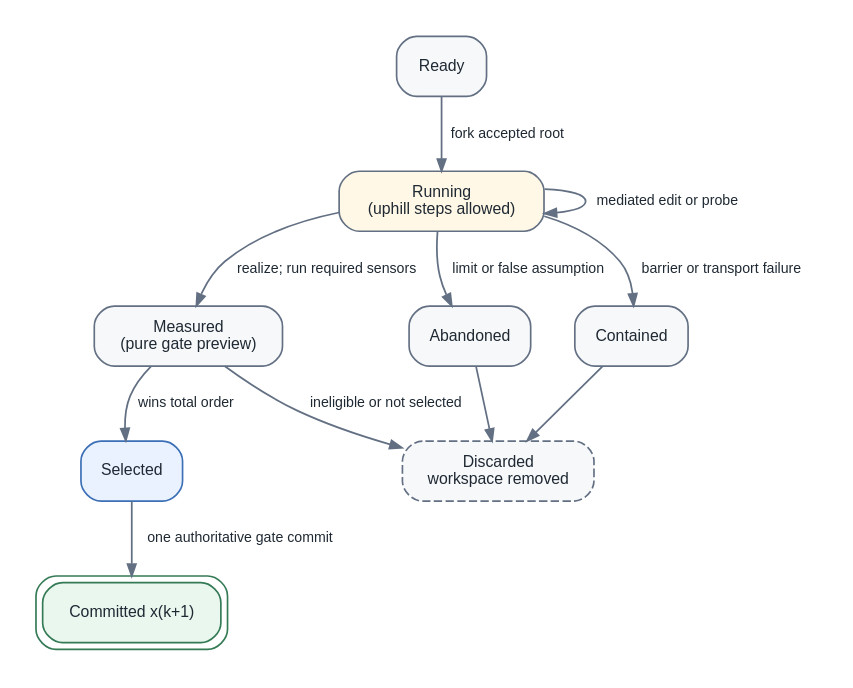
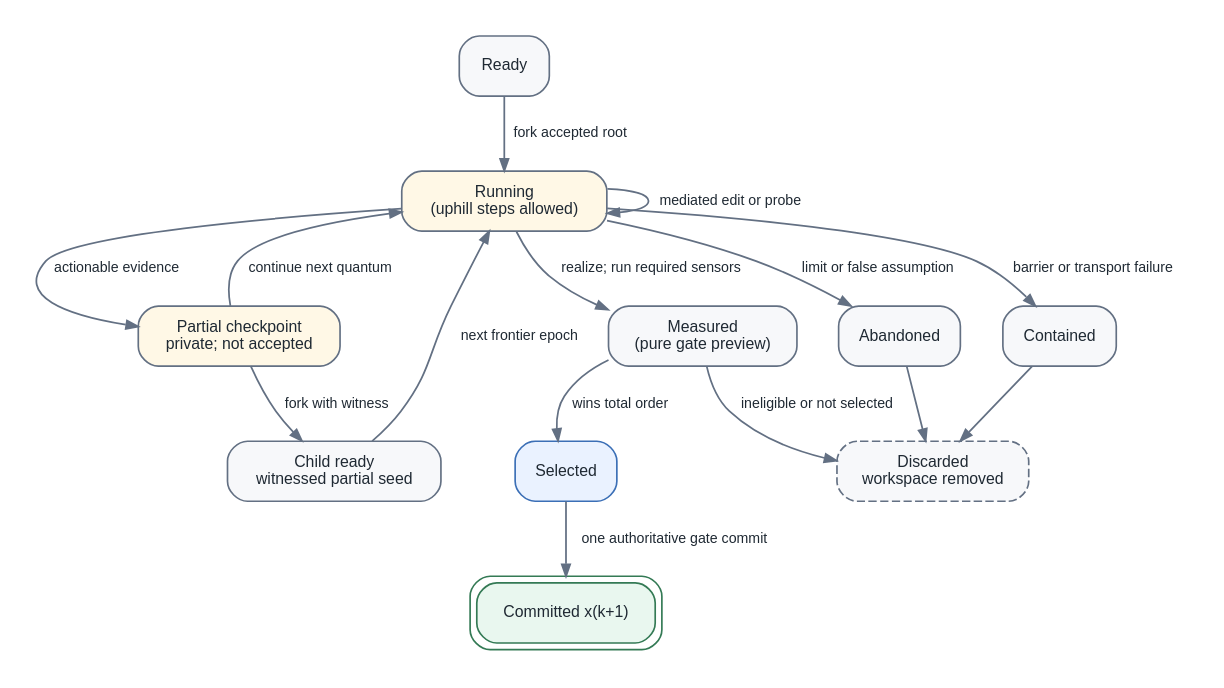
One commit to eonseed/perspt changed the second of 8 diagrams in docs/psps/source/psp-000010.rst. Above: the diagram before and after it, drawn with Graphviz. The commit also changed other lines of this file, not shown here.

```diff
--- a/docs/psps/source/psp-000010.rst
+++ b/docs/psps/source/psp-000010.rst
@@ -569,37 +675,44 @@
 .. graphviz::
    :caption: A branch may fail freely. Only one selected candidate reaches the gate.
    :align: center
 
    digraph branch_lifecycle {
        graph [rankdir=TB, bgcolor="#FFFFFF", pad="0.20",
               nodesep="0.35", ranksep="0.50", fontname="Helvetica"];
        node [shape=box, style="rounded,filled", fillcolor="#F7F8FA",
              color="#637083", fontcolor="#1F2933", fontname="Helvetica", fontsize=9.5,
              margin="0.13,0.08"];
        edge [color="#637083", fontcolor="#1F2933", fontname="Helvetica", fontsize=8.5,
              arrowsize=0.72, penwidth=1.05];
 
        ready [label="Ready"];
        running [label="Running\n(uphill steps allowed)", fillcolor="#FFF8E6"];
+       partial [label="Partial checkpoint\nprivate; not accepted",
+                fillcolor="#FFF8E6"];
+       child [label="Child ready\nwitnessed partial seed"];
        measured [label="Measured\n(pure gate preview)"];
        selected [label="Selected", fillcolor="#EAF2FF", color="#3B6FB6"];
        committed [label="Committed x(k+1)", shape=box, peripheries=2,
                   style="rounded,filled", fillcolor="#E9F7EF", color="#347A55"];
        abandoned [label="Abandoned"];
        contained [label="Contained"];
        discarded [label="Discarded\nworkspace removed",
                   style="rounded,dashed,filled", fillcolor="#F7F8FA"];
 
        {rank=same; measured; abandoned; contained;}
 
        ready -> running [label="fork accepted root"];
        running -> running [label="mediated edit or probe"];
+       running -> partial [label="actionable evidence"];
+       partial -> running [label="continue next quantum"];
+       partial -> child [label="fork with witness"];
+       child -> running [label="next frontier epoch"];
        running -> measured [label="realize; run required sensors"];
        running -> abandoned [label="limit or false assumption"];
        running -> contained [label="barrier or transport failure"];
        measured -> selected [label="wins total order"];
        measured -> discarded [label="ineligible or not selected"];
        selected -> committed [label="one authoritative gate commit"];
        abandoned -> discarded;
        contained -> discarded;
    }
```
